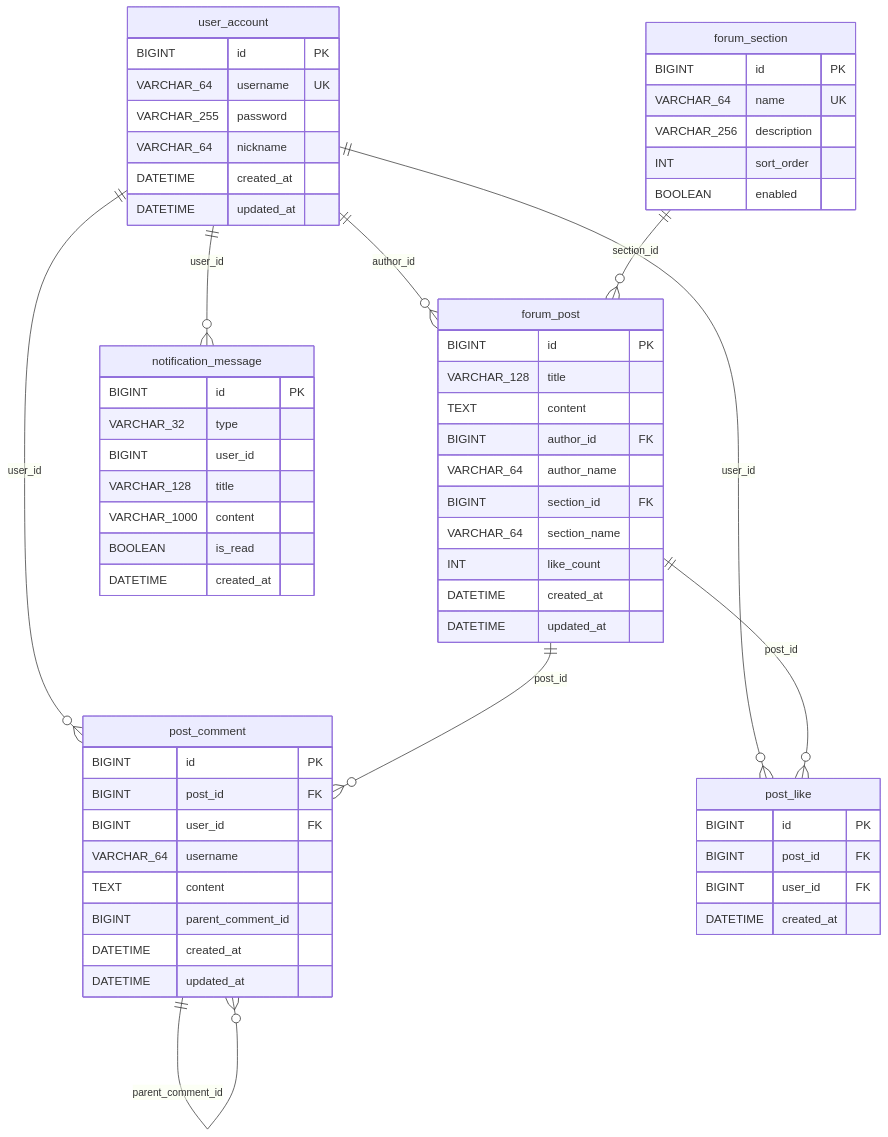
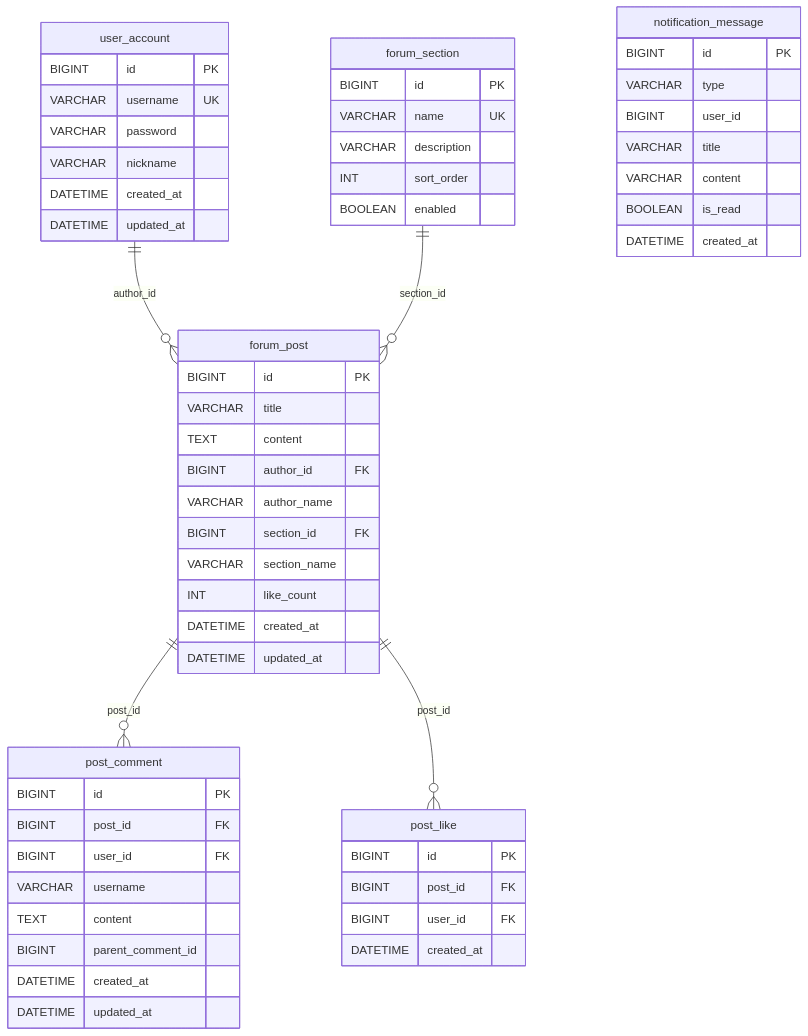
The diagram in docs/diagrams/fig4-4-er-diagram.mmd (Wkjlovec/graduation_project_zhuang), drawn with Mermaid before and after one commit. The commit also changed 2 other files, not shown here.

Commit message:
docs: ER图精简为4条核心关系线消除交叉, 其余关系以FK标记+正文说明

```diff
--- a/docs/diagrams/fig4-4-er-diagram.mmd
+++ b/docs/diagrams/fig4-4-er-diagram.mmd
@@ -1,61 +1,68 @@
+---
+config:
+  er:
+    layoutDirection: TB
+---
 erDiagram
+    user_account ||--o{ forum_post : "author_id"
+    forum_section ||--o{ forum_post : "section_id"
+    forum_post ||--o{ post_comment : "post_id"
+    forum_post ||--o{ post_like : "post_id"
+
     user_account {
         BIGINT id PK
-        VARCHAR_64 username UK
-        VARCHAR_255 password
-        VARCHAR_64 nickname
+        VARCHAR username UK
+        VARCHAR password
+        VARCHAR nickname
         DATETIME created_at
         DATETIME updated_at
     }
+
     forum_section {
         BIGINT id PK
-        VARCHAR_64 name UK
-        VARCHAR_256 description
+        VARCHAR name UK
+        VARCHAR description
         INT sort_order
         BOOLEAN enabled
     }
+
     forum_post {
         BIGINT id PK
-        VARCHAR_128 title
+        VARCHAR title
         TEXT content
         BIGINT author_id FK
-        VARCHAR_64 author_name
+        VARCHAR author_name
         BIGINT section_id FK
-        VARCHAR_64 section_name
+        VARCHAR section_name
         INT like_count
         DATETIME created_at
         DATETIME updated_at
     }
+
     post_comment {
         BIGINT id PK
         BIGINT post_id FK
         BIGINT user_id FK
-        VARCHAR_64 username
+        VARCHAR username
         TEXT content
         BIGINT parent_comment_id
         DATETIME created_at
         DATETIME updated_at
     }
+
     post_like {
         BIGINT id PK
         BIGINT post_id FK
         BIGINT user_id FK
         DATETIME created_at
     }
+
     notification_message {
         BIGINT id PK
-        VARCHAR_32 type
+        VARCHAR type
         BIGINT user_id
-        VARCHAR_128 title
-        VARCHAR_1000 content
+        VARCHAR title
+        VARCHAR content
         BOOLEAN is_read
         DATETIME created_at
     }
-    user_account ||--o{ forum_post : "author_id"
-    user_account ||--o{ post_comment : "user_id"
-    user_account ||--o{ post_like : "user_id"
-    user_account ||--o{ notification_message : "user_id"
-    forum_section ||--o{ forum_post : "section_id"
-    forum_post ||--o{ post_comment : "post_id"
-    forum_post ||--o{ post_like : "post_id"
-    post_comment ||--o{ post_comment : "parent_comment_id"
```
